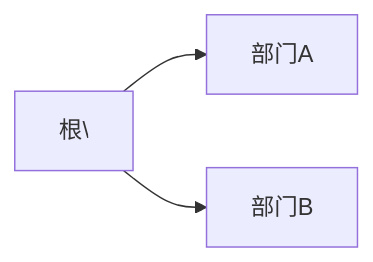
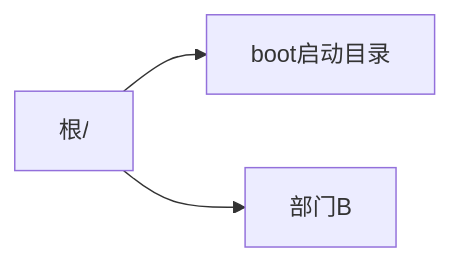
Before and after one commit to wanghao0409/ComputerNote: the diagram in Linux.md, drawn with Mermaid.

Commit message:
vault backup: 2026-02-24 09:11:13

````diff
--- a/Linux.md
+++ b/Linux.md
@@ -10,7 +10,7 @@
 ```mermaid
 graph LR
-    Root[根\] --> A[部门A]
+    Root[根/] --> A[boot启动目录]
     Root --> B[部门B]
 
 
 ```
````
